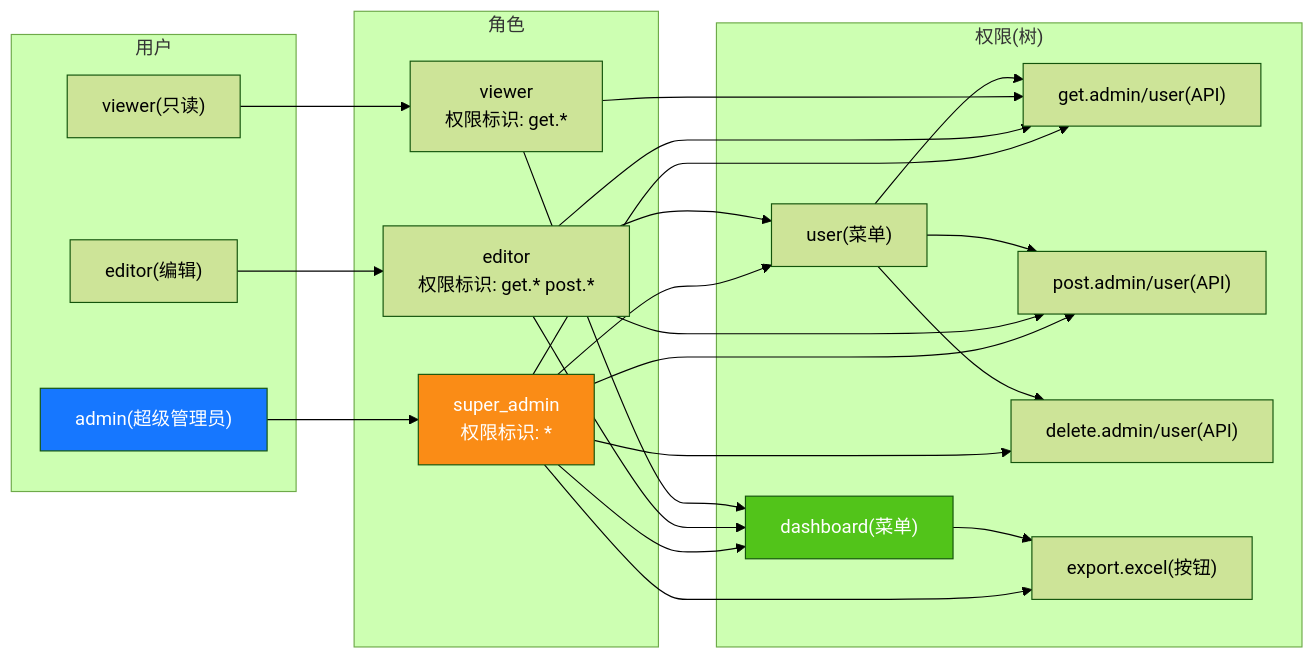
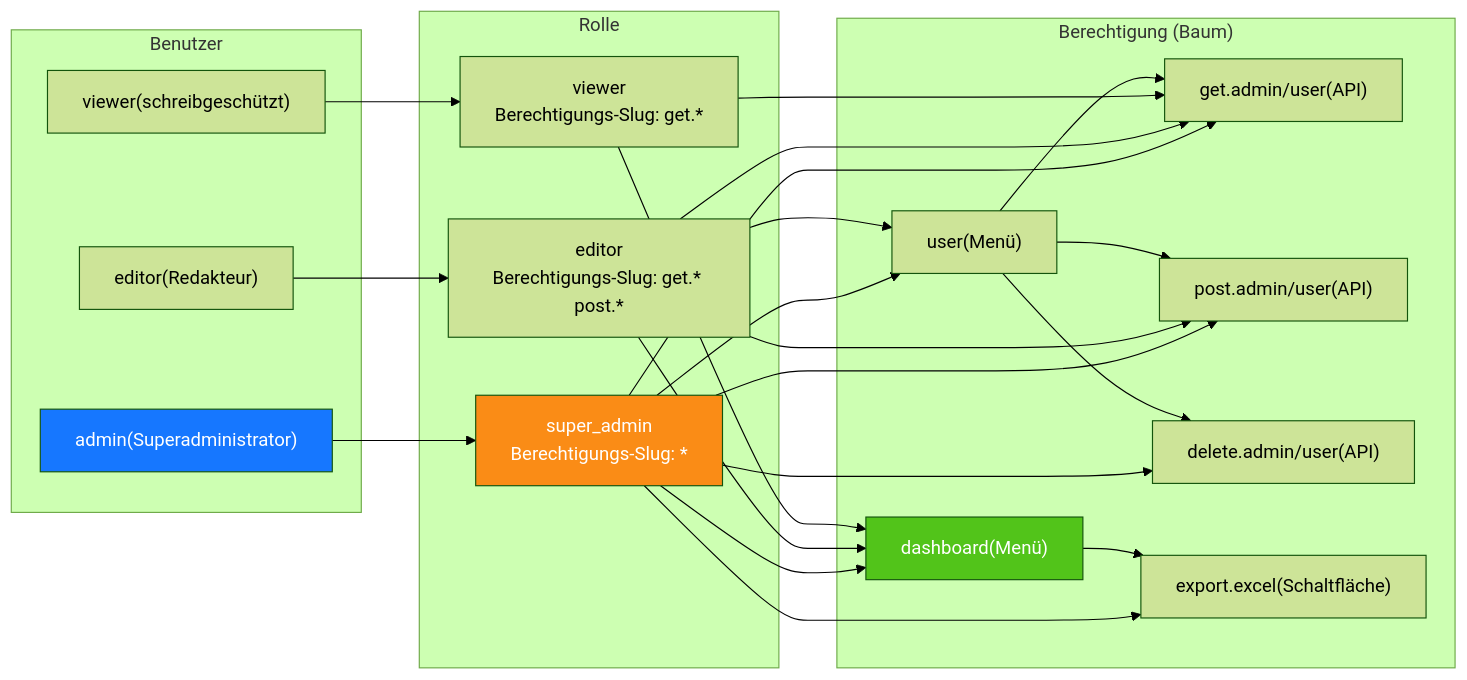
One commit to erikwang2013/game-platform-php changed the first of 3 diagrams in admin/docs/diagrams/05-rbac-model.de.md. Above: the diagram before and after it, drawn with Mermaid (forest theme). The commit also changed other lines of this file and 211 other files, not shown here.

First line of the commit message:
fix: 支付配置读回类型根治、提现事件对账巡检，12 语族 mermaid 与 API 标签本地化

````diff
--- a/admin/docs/diagrams/05-rbac-model.de.md
+++ b/admin/docs/diagrams/05-rbac-model.de.md
@@ -9,36 +9,36 @@
 ```mermaid
 flowchart LR
-    subgraph users["用户"]
-        u1["admin(超级管理员)"]
-        u2["editor(编辑)"]
-        u3["viewer(只读)"]
+    subgraph users["Benutzer"]
+        u1["admin(Superadministrator)"]
+        u2["editor(Redakteur)"]
+        u3["viewer(schreibgeschützt)"]
     end
 
-    subgraph roles["角色"]
-        r1["super_admin<br/>权限标识: *"]
-        r2["editor<br/>权限标识: get.* post.*"]
-        r3["viewer<br/>权限标识: get.*"]
+    subgraph roles["Rolle"]
+        r1["super_admin<br/>Berechtigungs-Slug: *"]
+        r2["editor<br/>Berechtigungs-Slug: get.* post.*"]
+        r3["viewer<br/>Berechtigungs-Slug: get.*"]
     end
 
-    subgraph permissions["权限(树)"]
-        p1["dashboard(菜单)"]
-        p2["user(菜单)"]
+    subgraph permissions["Berechtigung (Baum)"]
+        p1["dashboard(Menü)"]
+        p2["user(Menü)"]
         p3["get.admin/user(API)"]
         p4["post.admin/user(API)"]
         p5["delete.admin/user(API)"]
-        p6["export.excel(按钮)"]
+        p6["export.excel(Schaltfläche)"]
     end
 
     u1 --> r1
     u2 --> r2
     u3 --> r3
     r1 --> p1 & p2 & p3 & p4 & p5 & p6
     r2 --> p1 & p2 & p3 & p4
     r3 --> p1 & p3
     p2 --> p3 & p4 & p5
     p1 --> p6
 
     style u1 fill:#1677FF,color:#fff
     style r1 fill:#FA8C16,color:#fff
     style p1 fill:#52C41A,color:#fff
 ```
````
